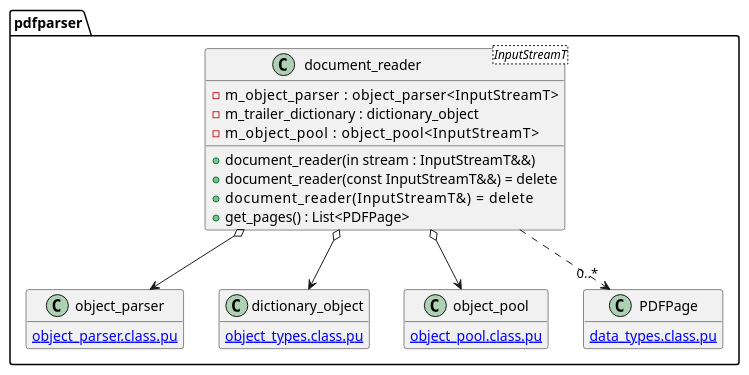
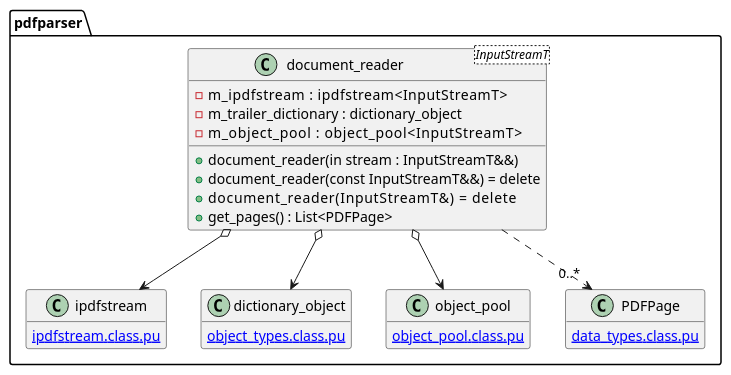
Before and after one commit to KodaiYM/PDFReader: the diagram in document/document_reader/document_reader.class.pu, drawn with PlantUML. The commit also changed 20 other files, not shown here.

```diff
--- a/document/document_reader/document_reader.class.pu
+++ b/document/document_reader/document_reader.class.pu
@@ -1,31 +1,31 @@
 @startuml document_reader
 hide empty members
 namespace pdfparser {
 class document_reader<InputStreamT> {
-	-m_object_parser      : object_parser<InputStreamT>
+	-m_ipdfstream      : ipdfstream<InputStreamT>
 	-m_trailer_dictionary : dictionary_object
 	-m_object_pool        : object_pool<InputStreamT>
 
 	+document_reader(in stream : InputStreamT&&)
 	+document_reader(const InputStreamT&&) = delete
 	+document_reader(InputStreamT&)        = delete
 	+get_pages() : List<PDFPage>
 }
-document_reader o--> object_parser
+document_reader o--> ipdfstream
 document_reader o--> dictionary_object
 document_reader o--> object_pool
 document_reader ..> "0..*" PDFPage
 
-class object_parser {
-	[[object_parser.class.pu]]
+class ipdfstream {
+	[[ipdfstream.class.pu]]
 }
 class dictionary_object {
 	[[object_types.class.pu]]
 }
 class object_pool {
 	[[object_pool.class.pu]]
 }
 class PDFPage {
 	[[data_types.class.pu]]
 }
 @enduml
```
